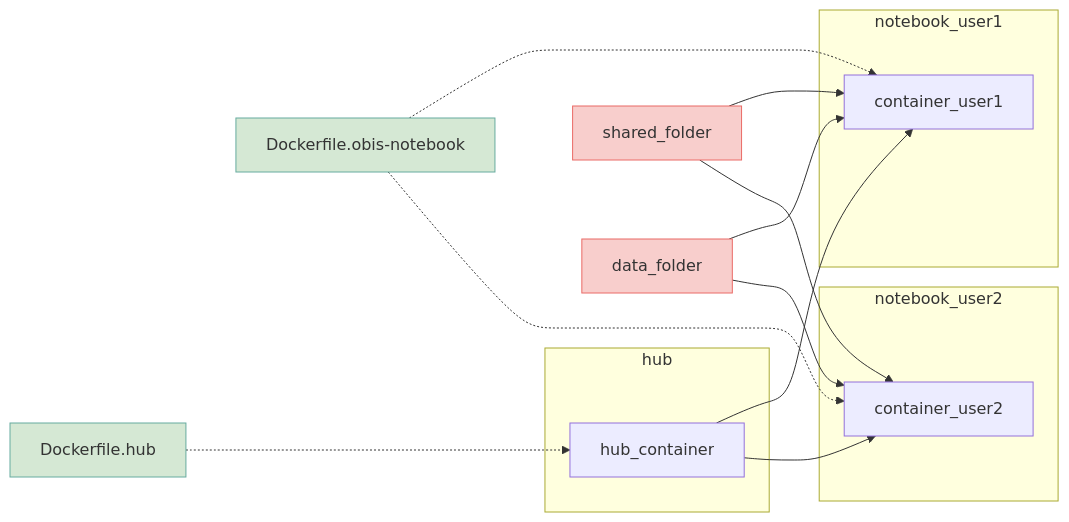
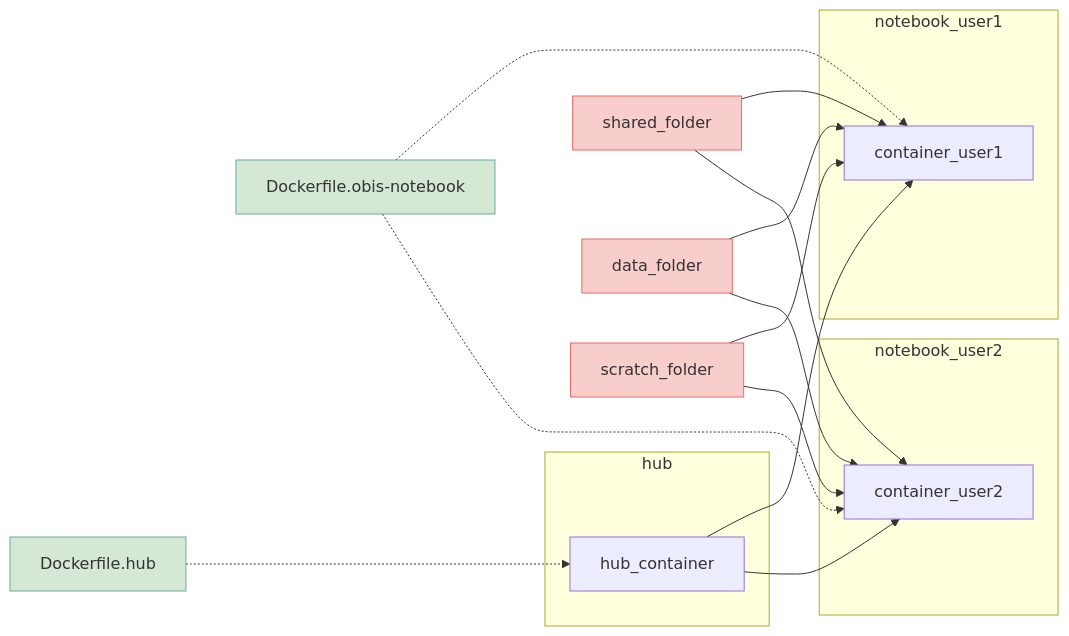
The diagram in jupyterhub.md (iobis/sg-12-training), drawn with Mermaid before and after one commit.

Commit message:
jupyterhub

````diff
--- a/jupyterhub.md
+++ b/jupyterhub.md
@@ -5,29 +5,33 @@
 ```mermaid
 flowchart LR
     Dockerfile.hub
     Dockerfile.obis-notebook
     shared_folder
     data_folder
+    scratch_folder
     subgraph hub
     hub_container
     end
     subgraph notebook_user1
     container_user1
     end
     subgraph notebook_user2
     container_user2
     end
     Dockerfile.hub-..->hub_container
     Dockerfile.obis-notebook-..->container_user1
     Dockerfile.obis-notebook-..->container_user2
     hub_container-->container_user1
     hub_container-->container_user2
     data_folder-->container_user1
     data_folder-->container_user2
+    scratch_folder-->container_user1
+    scratch_folder-->container_user2
     shared_folder-->container_user1
     shared_folder-->container_user2
     style Dockerfile.hub fill:#D5E8D4,stroke:#67AB9F,stroke-width:1px
     style Dockerfile.obis-notebook fill:#D5E8D4,stroke:#67AB9F,stroke-width:1px
     style shared_folder fill:#F8CECC,stroke:#EA6B66,stroke-width:1px
     style data_folder fill:#F8CECC,stroke:#EA6B66,stroke-width:1px
+    style scratch_folder fill:#F8CECC,stroke:#EA6B66,stroke-width:1px
 ```
````
